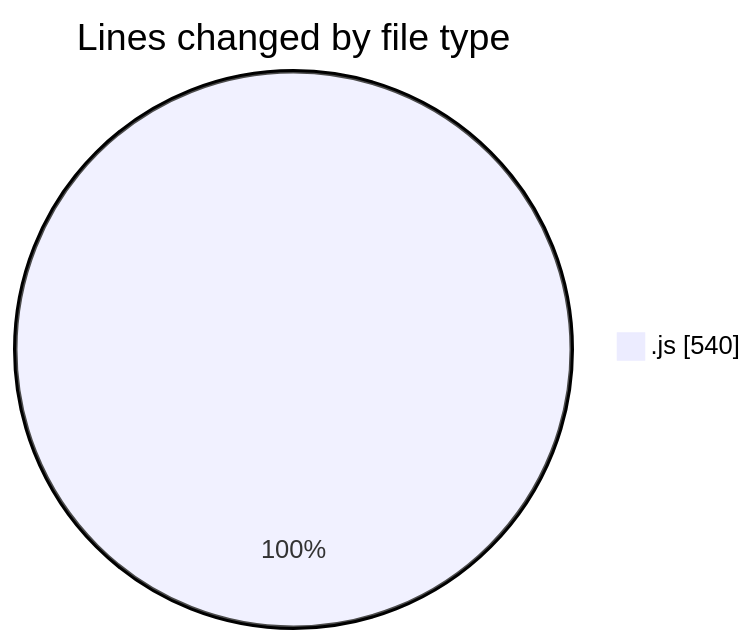
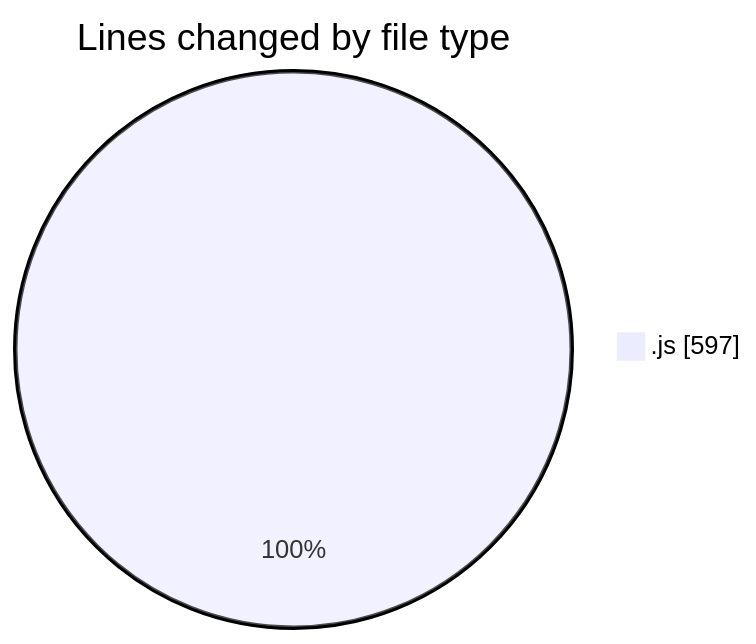
The first of 2 diagrams in 2025-04-16/nxtqube_webapp/README.md (nxtqubesakshisongat/code-tracking), drawn with Mermaid before and after one commit. The commit also changed other lines of this file and 1 other file, not shown here.

````diff
--- a/2025-04-16/nxtqube_webapp/README.md
+++ b/2025-04-16/nxtqube_webapp/README.md
@@ -21,5 +21,5 @@
 ```mermaid
 pie showData
 title Lines changed by file type
-".js" : 540
+".js" : 597
 ```
````
